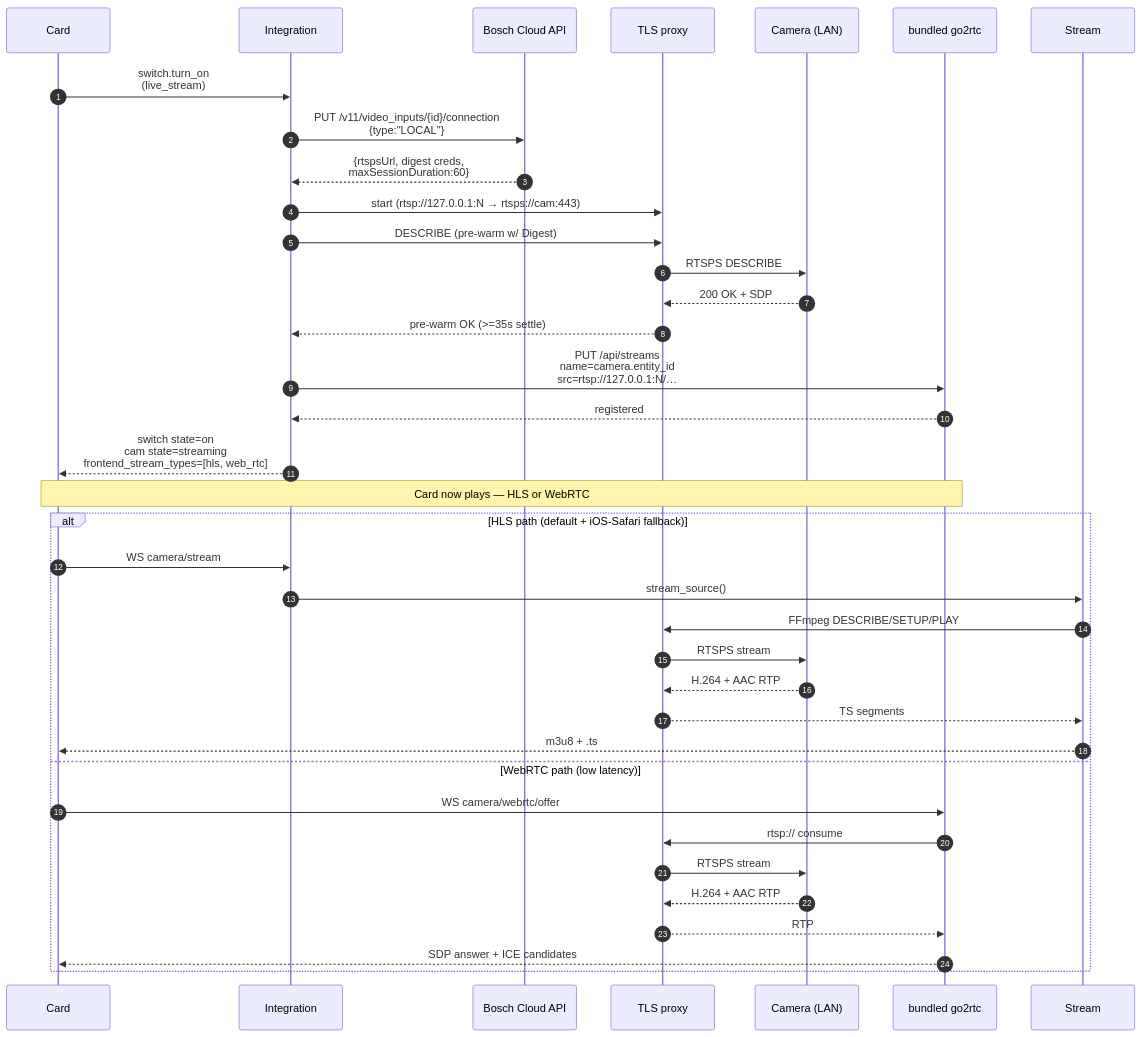
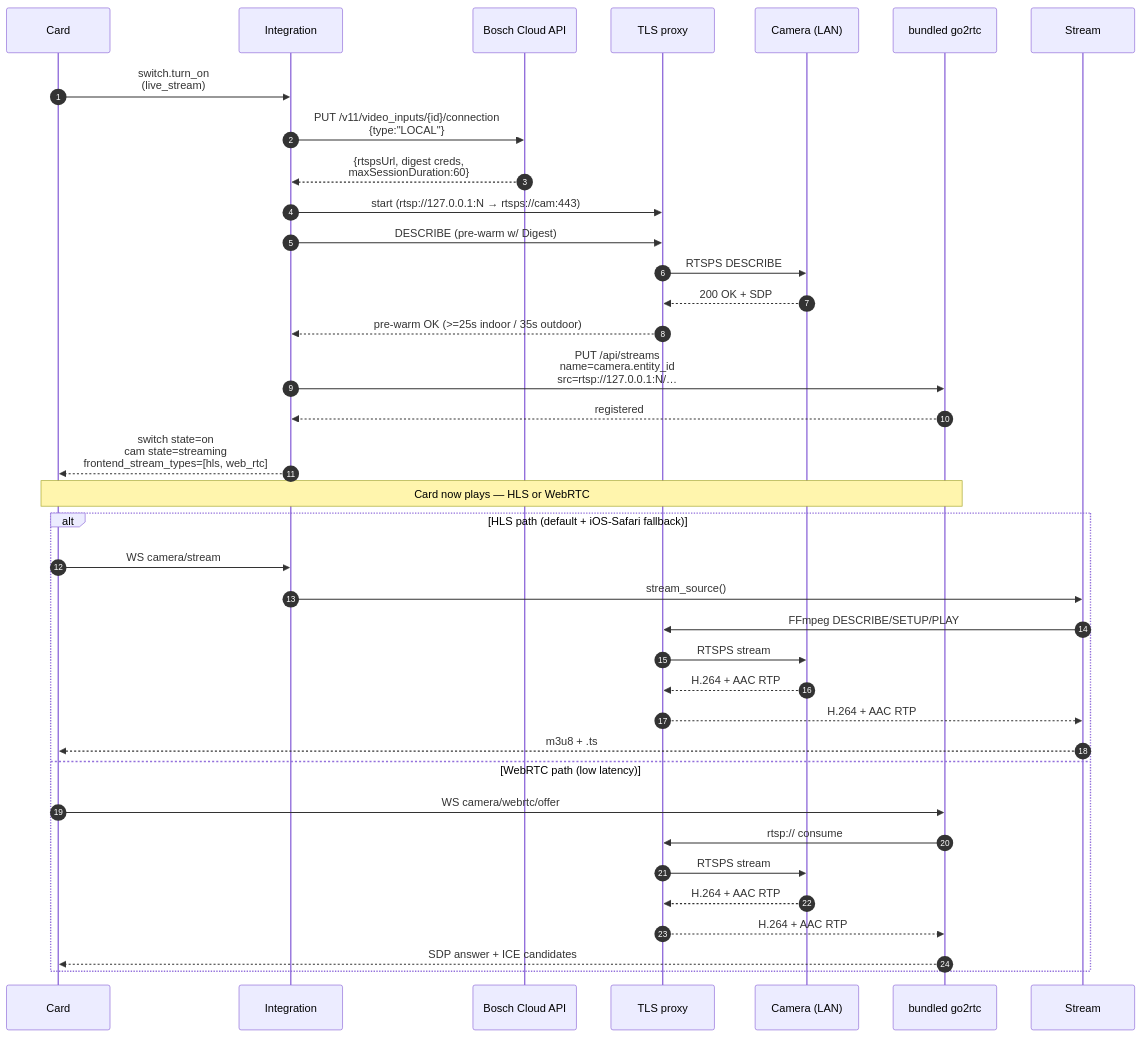
The second of 2 diagrams in README.md (mosandlt/Bosch-Smart-Home-Camera-Tool-HomeAssistant), drawn with Mermaid before and after one commit. The commit also changed other lines of this file, not shown here.

````diff
--- a/README.md
+++ b/README.md
@@ -197,41 +204,41 @@
 ```mermaid
 sequenceDiagram
     autonumber
     participant C as Card
     participant I as Integration
     participant API as Bosch Cloud API
     participant T as TLS proxy
     participant Cam as Camera (LAN)
     participant G as bundled go2rtc
 
     C->>I: switch.turn_on<br/>(live_stream)
     I->>API: PUT /v11/video_inputs/{id}/connection<br/>{type:"LOCAL"}
     API-->>I: {rtspsUrl, digest creds,<br/>maxSessionDuration:60}
     I->>T: start (rtsp://127.0.0.1:N → rtsps://cam:443)
     I->>T: DESCRIBE (pre-warm w/ Digest)
     T->>Cam: RTSPS DESCRIBE
     Cam-->>T: 200 OK + SDP
-    T-->>I: pre-warm OK (>=35s settle)
+    T-->>I: pre-warm OK (>=25s indoor / 35s outdoor)
     I->>G: PUT /api/streams<br/>name=camera.entity_id<br/>src=rtsp://127.0.0.1:N/…
     G-->>I: registered
     I-->>C: switch state=on<br/>cam state=streaming<br/>frontend_stream_types=[hls, web_rtc]
 
     Note over C,G: Card now plays — HLS or WebRTC
 
     alt HLS path (default + iOS-Safari fallback)
         C->>I: WS camera/stream
         I->>Stream: stream_source()
         Stream->>T: FFmpeg DESCRIBE/SETUP/PLAY
         T->>Cam: RTSPS stream
         Cam-->>T: H.264 + AAC RTP
-        T-->>Stream: TS segments
+        T-->>Stream: H.264 + AAC RTP
         Stream-->>C: m3u8 + .ts
     else WebRTC path (low latency)
         C->>G: WS camera/webrtc/offer
         G->>T: rtsp:// consume
         T->>Cam: RTSPS stream
         Cam-->>T: H.264 + AAC RTP
-        T-->>G: RTP
+        T-->>G: H.264 + AAC RTP
         G-->>C: SDP answer + ICE candidates
     end
 ```
````
